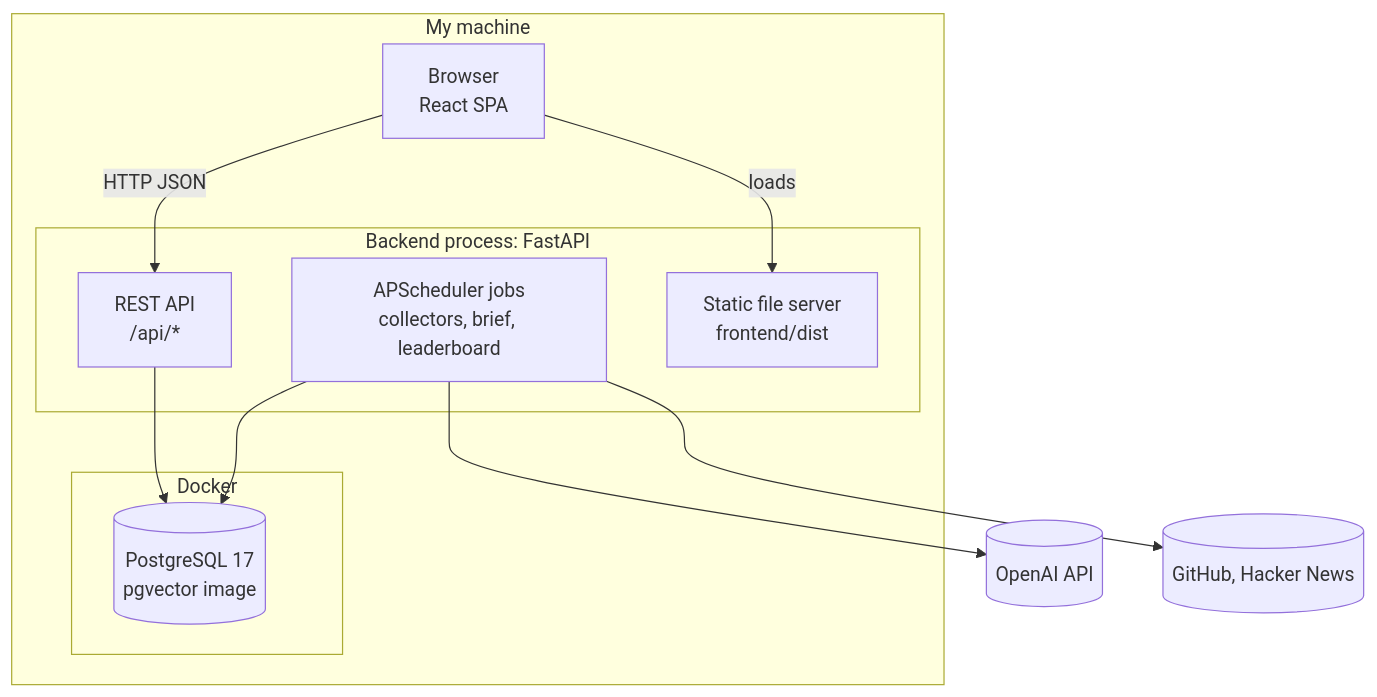
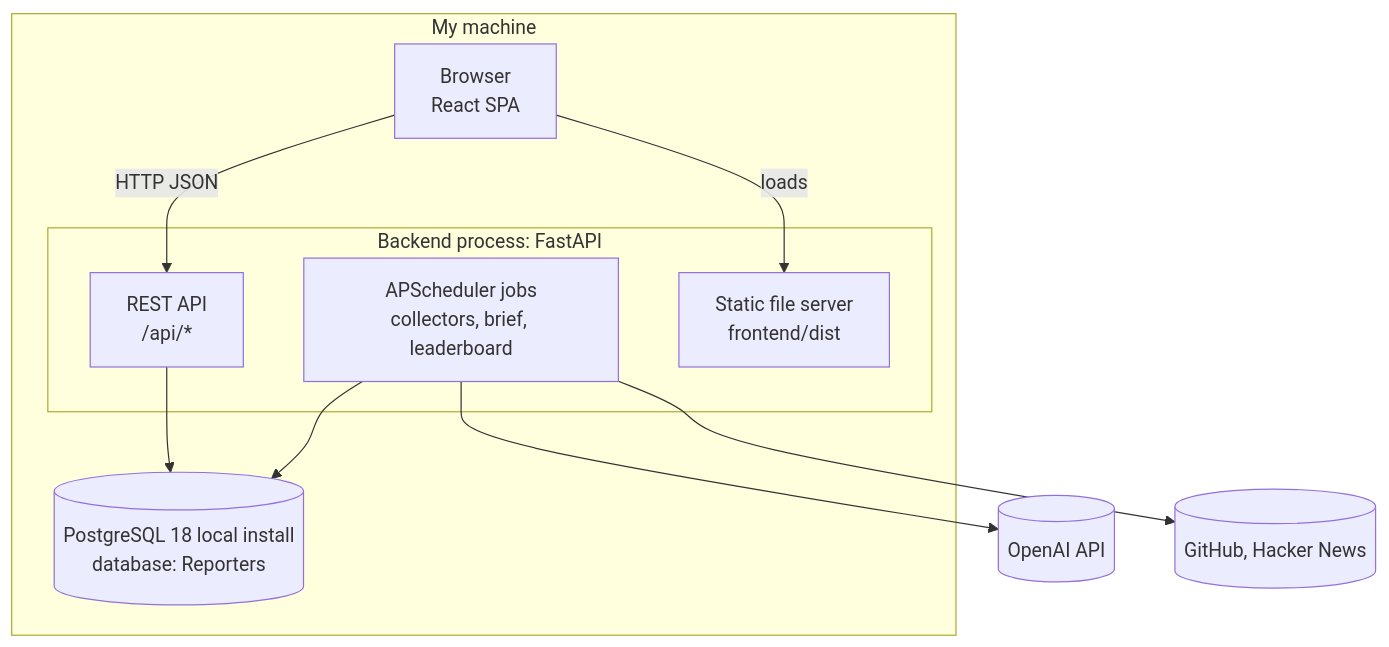
The second of 4 diagrams in docs/architecture/overview.md (WinerDeCoder/My-Reporters-Agent-Workspace), drawn with Mermaid before and after one commit. The commit also changed other lines of this file and 44 other files, not shown here.

First line of the commit message:
feat(cards): LLM cards with token cap (spec 004); Reporters DB on local PostgreSQL

````diff
--- a/docs/architecture/overview.md
+++ b/docs/architecture/overview.md
@@ -29,23 +29,21 @@
 ```mermaid
 flowchart TB
     subgraph host[My machine]
         browser[Browser<br/>React SPA]
         subgraph backend[Backend process: FastAPI]
             api[REST API<br/>/api/*]
             sched[APScheduler jobs<br/>collectors, brief, leaderboard]
             static[Static file server<br/>frontend/dist]
         end
-        subgraph docker[Docker]
-            db[(PostgreSQL 17<br/>pgvector image)]
-        end
+        db[(PostgreSQL 18 local install<br/>database: Reporters)]
     end
     llm[(OpenAI API)]
     ext[(GitHub, Hacker News)]
 
     browser -- HTTP JSON --> api
     browser -- loads --> static
     api --> db
     sched --> db
     sched --> ext
     sched --> llm
 ```
````
